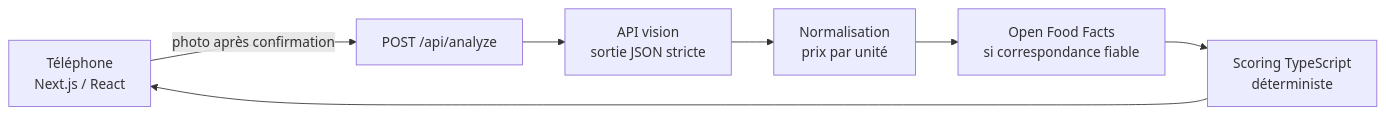
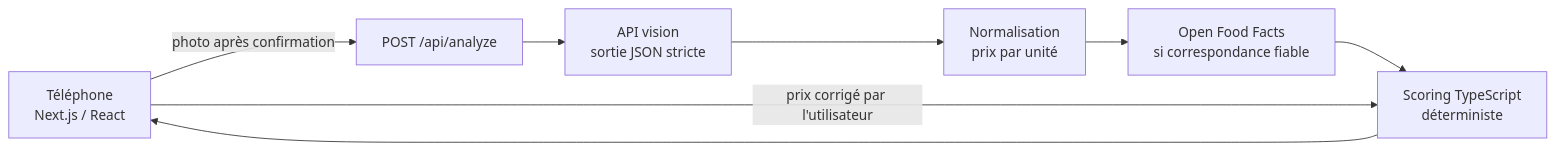
One commit to ayedtahar/monRayon changed the diagram in README.md. Above: the diagram before and after it, drawn with Mermaid. The commit also changed other lines of this file and 13 other files, not shown here.

````diff
--- a/README.md
+++ b/README.md
@@ -31,9 +32,10 @@
 ```mermaid
 flowchart LR
     A[Téléphone<br>Next.js / React] -->|photo après confirmation| B[POST /api/analyze]
     B --> C[API vision<br>sortie JSON stricte]
     C --> D[Normalisation<br>prix par unité]
     D --> E[Open Food Facts<br>si correspondance fiable]
     E --> F[Scoring TypeScript<br>déterministe]
     F --> A
+    A -->|prix corrigé par l'utilisateur| F
 ```
````
